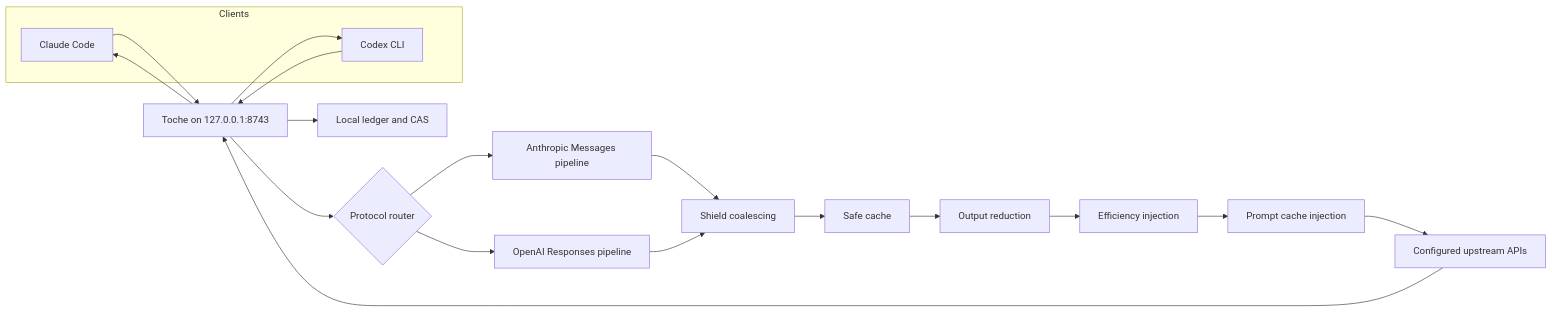
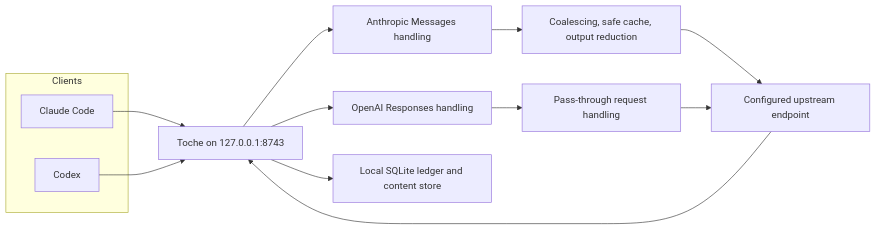
One commit to nzkbuild/toche changed the diagram in README.md. Above: the diagram before and after it, drawn with Mermaid. The commit also changed other lines of this file and 2 other files, not shown here.

Commit message:
docs: clarify Toche local runtime positioning

````diff
--- a/README.md
+++ b/README.md
@@ -129,23 +124,17 @@
 ```mermaid
 flowchart LR
     subgraph Clients
         A[Claude Code]
-        B[Codex CLI]
+        B[Codex]
     end
     A --> C[Toche on 127.0.0.1:8743]
     B --> C
-    C --> D{Protocol router}
-    D --> E[Anthropic Messages pipeline]
-    D --> F[OpenAI Responses pipeline]
-    E --> G[Shield coalescing]
-    F --> G
-    G --> H[Safe cache]
-    H --> I[Output reduction]
-    I --> J[Efficiency injection]
-    J --> K[Prompt cache injection]
-    K --> L[Configured upstream APIs]
-    L --> C
-    C --> M[Local ledger and CAS]
-    C --> A
-    C --> B
+    C --> D[Anthropic Messages handling]
+    C --> E[OpenAI Responses handling]
+    D --> F[Coalescing, safe cache, output reduction]
+    E --> G[Pass-through request handling]
+    F --> H[Configured upstream endpoint]
+    G --> H
+    H --> C
+    C --> I[Local SQLite ledger and content store]
 ```
````
